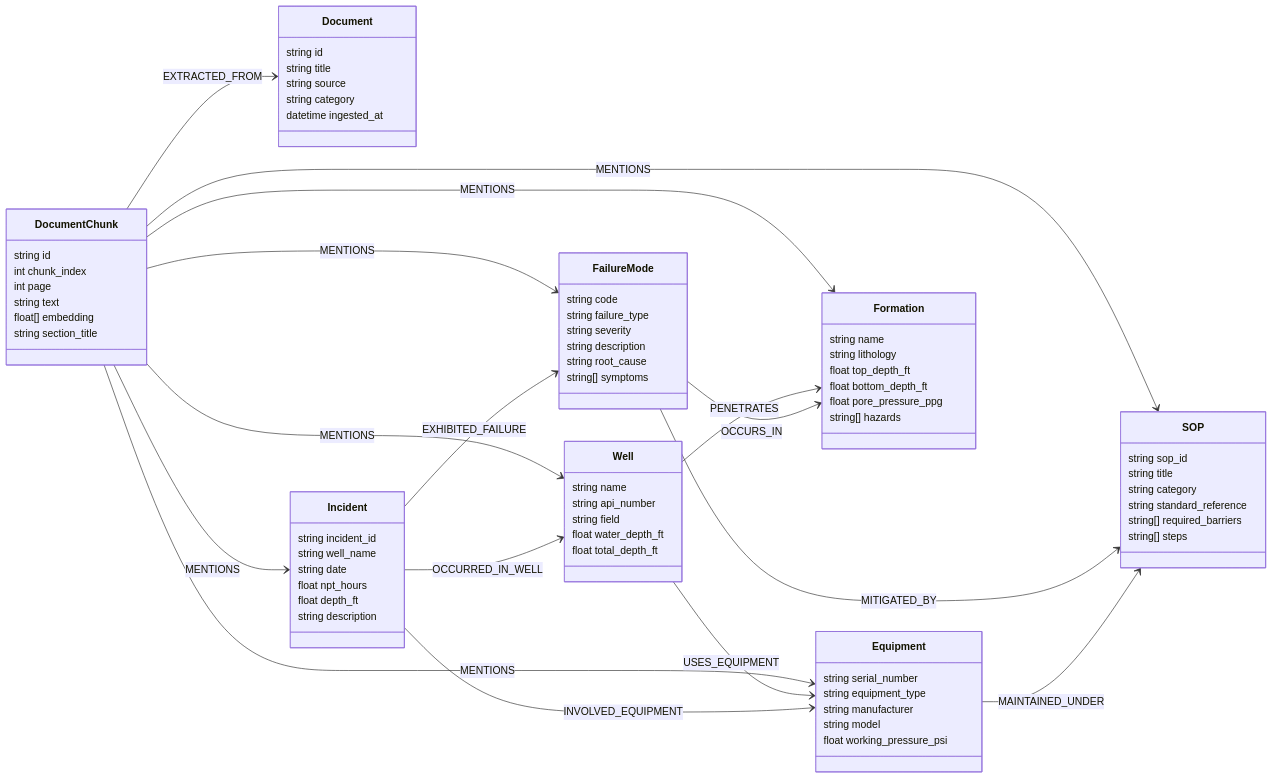
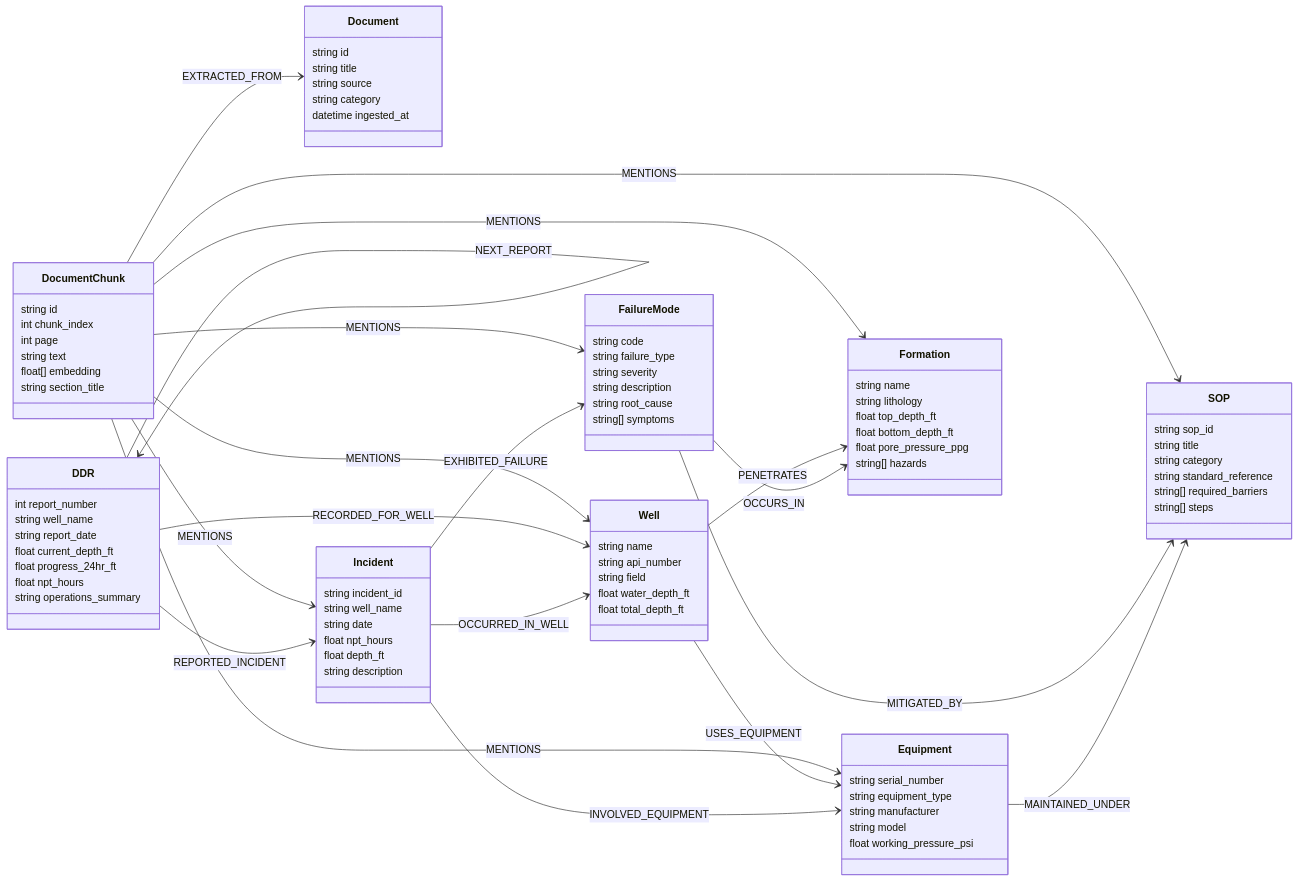
One commit to kirk-keel/wellbore-knowledge-graph changed the second of 2 diagrams in README.md. Above: the diagram before and after it, drawn with Mermaid. The commit also changed other lines of this file and 16 other files, not shown here.

Commit message:
feat: complete implementation of all enhanced GraphRAG and domain capabilities

```diff
--- a/README.md
+++ b/README.md
@@ -115,6 +115,16 @@
         string description
     }
 
+    class DDR {
+        int report_number
+        string well_name
+        string report_date
+        float current_depth_ft
+        float progress_24hr_ft
+        float npt_hours
+        string operations_summary
+    }
+
     DocumentChunk --> Document : EXTRACTED_FROM
     DocumentChunk --> Well : MENTIONS
     DocumentChunk --> Equipment : MENTIONS
@@ -123,6 +133,9 @@
     DocumentChunk --> SOP : MENTIONS
     DocumentChunk --> Incident : MENTIONS
 
+    DDR --> DDR : NEXT_REPORT
+    DDR --> Well : RECORDED_FOR_WELL
+    DDR --> Incident : REPORTED_INCIDENT
     Well --> Formation : PENETRATES
     Well --> Equipment : USES_EQUIPMENT
     Incident --> Well : OCCURRED_IN_WELL
```
